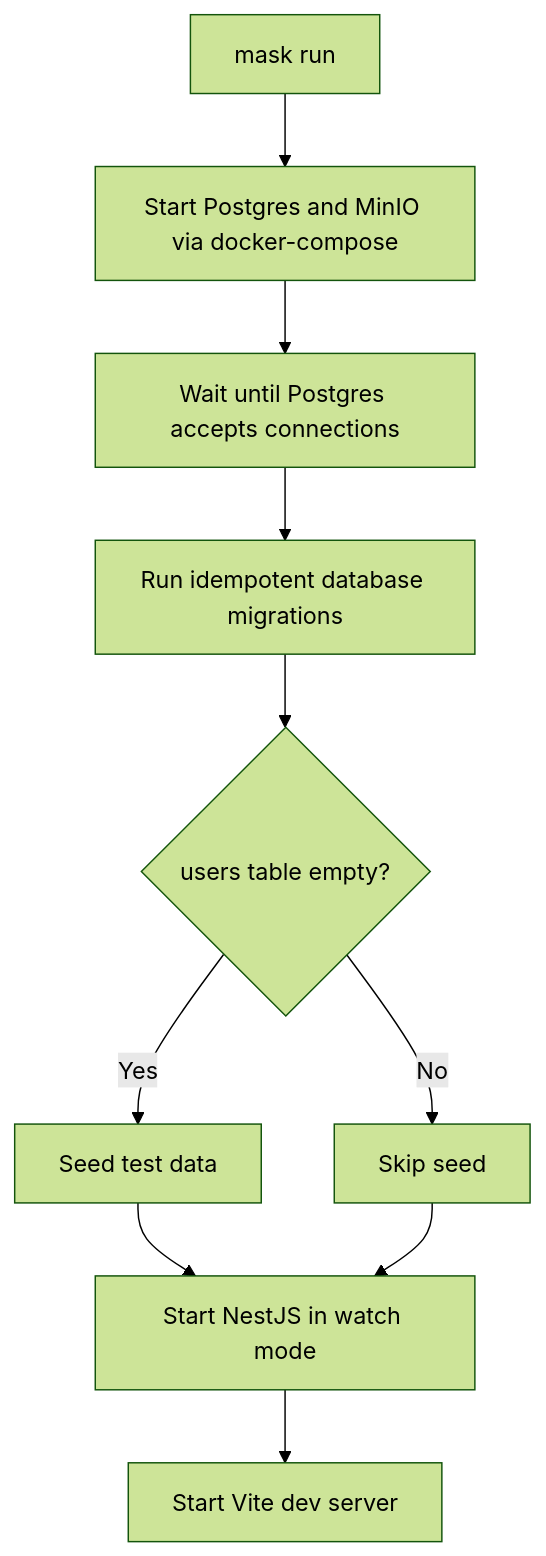
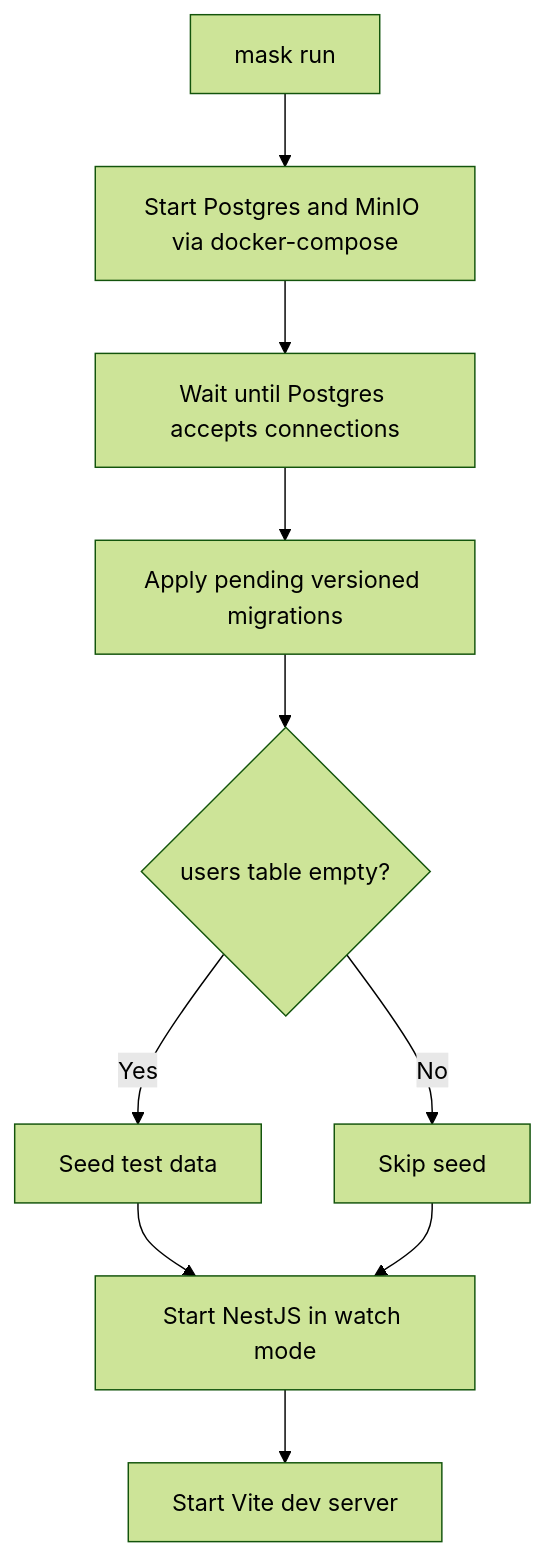
Before and after one commit to chefzaid/thoughty: the second of 3 diagrams in docs/development.md, drawn with Mermaid (forest theme). The commit also changed other lines of this file and 8 other files, not shown here.

Commit message:
Add versioned database migrations

````diff
--- a/docs/development.md
+++ b/docs/development.md
@@ -59,12 +59,12 @@
 ```mermaid
 flowchart TD
     A[mask run] --> B[Start Postgres and MinIO via docker-compose]
     B --> C[Wait until Postgres accepts connections]
-    C --> D[Run idempotent database migrations]
+    C --> D[Apply pending versioned migrations]
     D --> E{users table empty?}
     E -->|Yes| F[Seed test data]
     E -->|No| G[Skip seed]
     F --> H[Start NestJS in watch mode]
     G --> H
     H --> I[Start Vite dev server]
 ```
````
